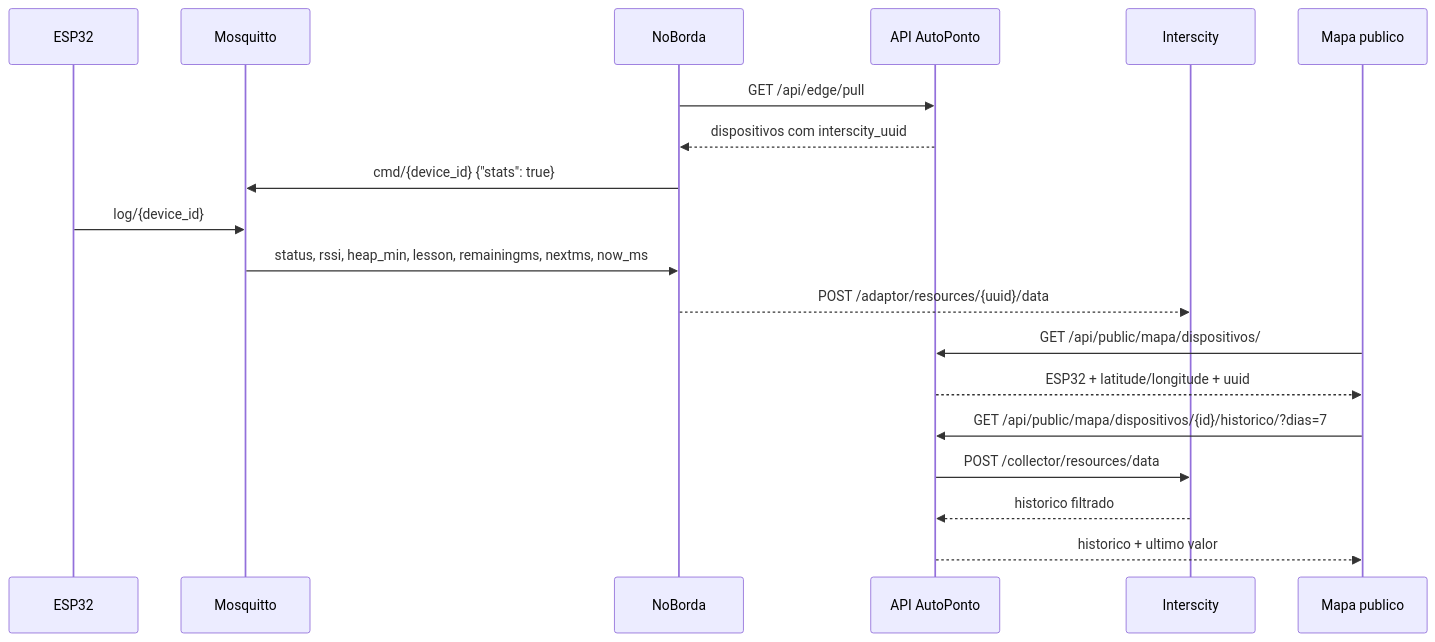
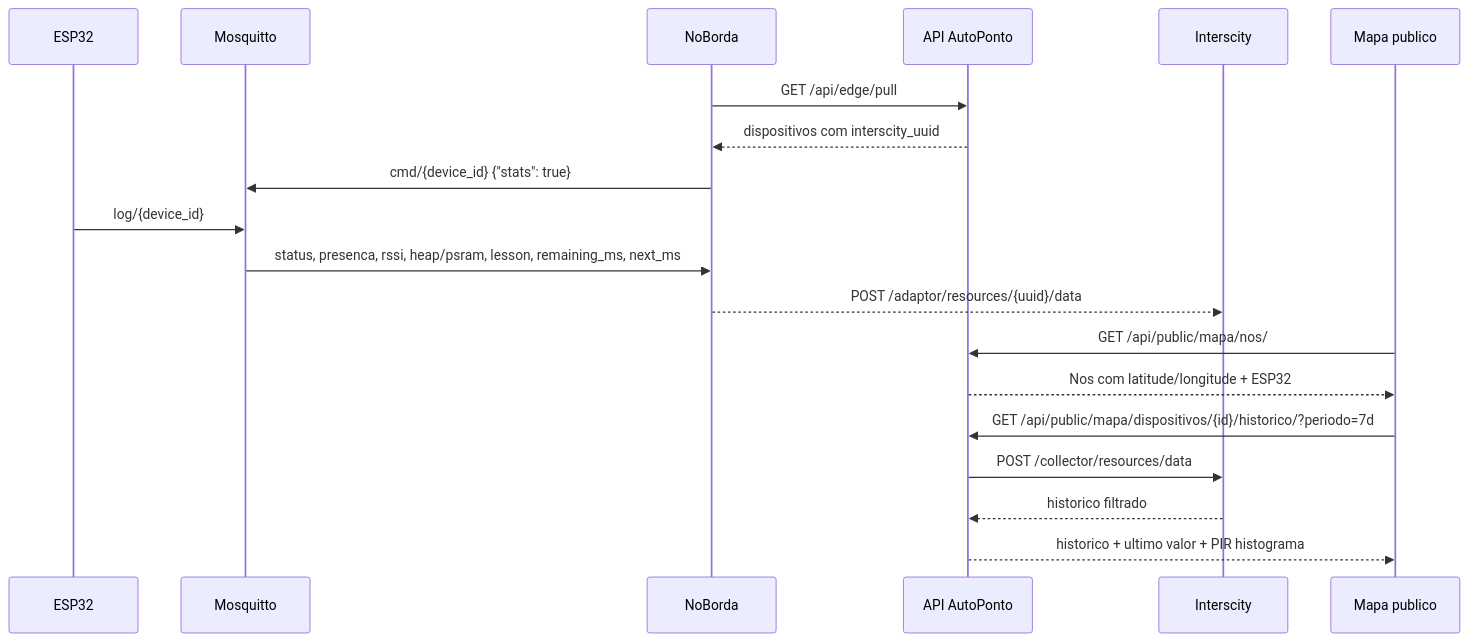
Before and after one commit to DanielKGM/autoponto: the sixth of 10 diagrams in autoponto-backend/docs/diagramas-tcc.md, drawn with Mermaid. The commit also changed other lines of this file and 17 other files, not shown here.

First line of the commit message:
Refactor API documentation and frontend structure; update requirements and improve user flows

````diff
--- a/autoponto-backend/docs/diagramas-tcc.md
+++ b/autoponto-backend/docs/diagramas-tcc.md
@@ -124,22 +129,22 @@
 ```mermaid
 sequenceDiagram
     participant ESP as ESP32
     participant MQTT as Mosquitto
     participant Edge as NoBorda
     participant API as API AutoPonto
     participant IC as Interscity
     participant Front as Mapa publico
 
     Edge->>API: GET /api/edge/pull
     API-->>Edge: dispositivos com interscity_uuid
     Edge->>MQTT: cmd/{device_id} {"stats": true}
     ESP->>MQTT: log/{device_id}
-    MQTT->>Edge: status, rssi, heap_min, lesson, remainingms, nextms, now_ms
+    MQTT->>Edge: status, presenca, rssi, heap/psram, lesson, remaining_ms, next_ms
     Edge-->>IC: POST /adaptor/resources/{uuid}/data
-    Front->>API: GET /api/public/mapa/dispositivos/
-    API-->>Front: ESP32 + latitude/longitude + uuid
-    Front->>API: GET /api/public/mapa/dispositivos/{id}/historico/?dias=7
+    Front->>API: GET /api/public/mapa/nos/
+    API-->>Front: Nos com latitude/longitude + ESP32
+    Front->>API: GET /api/public/mapa/dispositivos/{id}/historico/?periodo=7d
     API->>IC: POST /collector/resources/data
     IC-->>API: historico filtrado
-    API-->>Front: historico + ultimo valor
+    API-->>Front: historico + ultimo valor + PIR histograma
 ```
````
